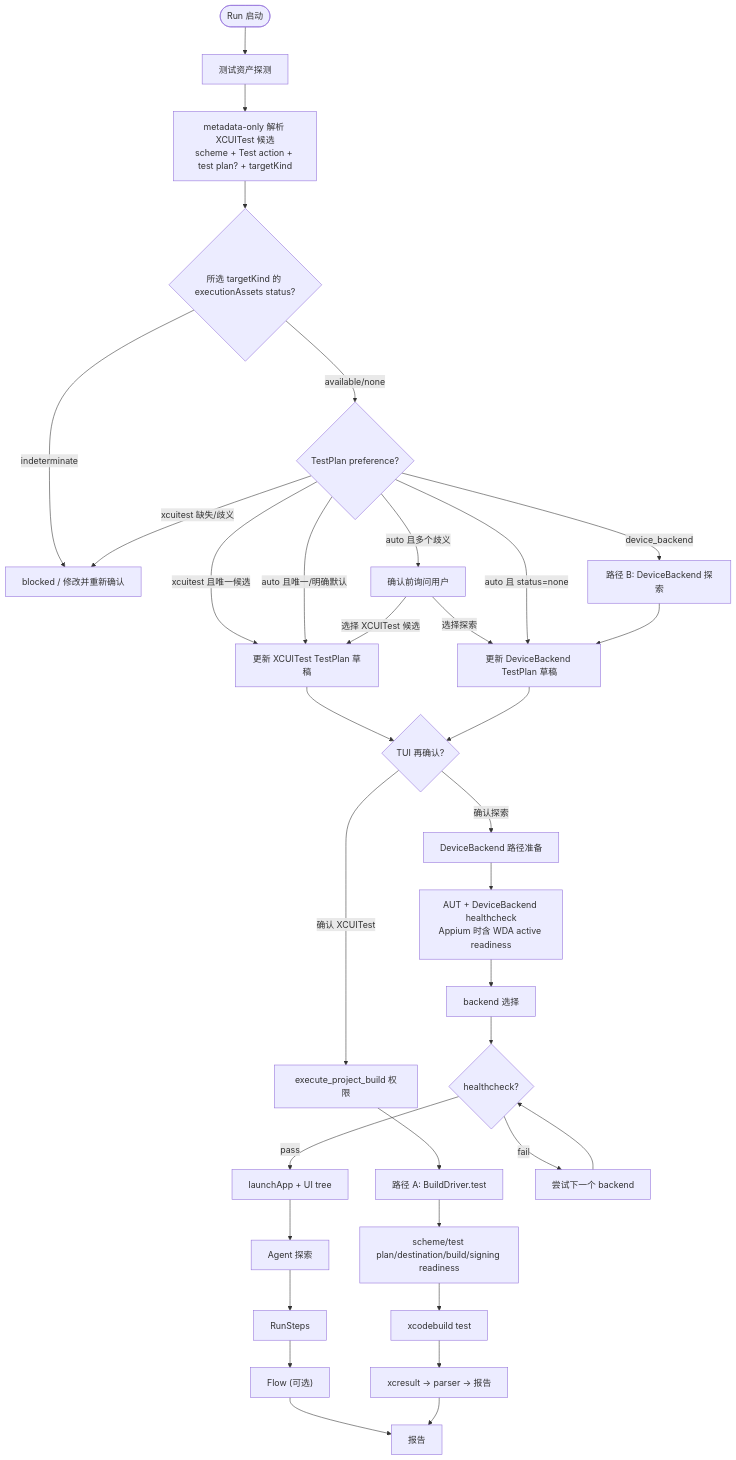
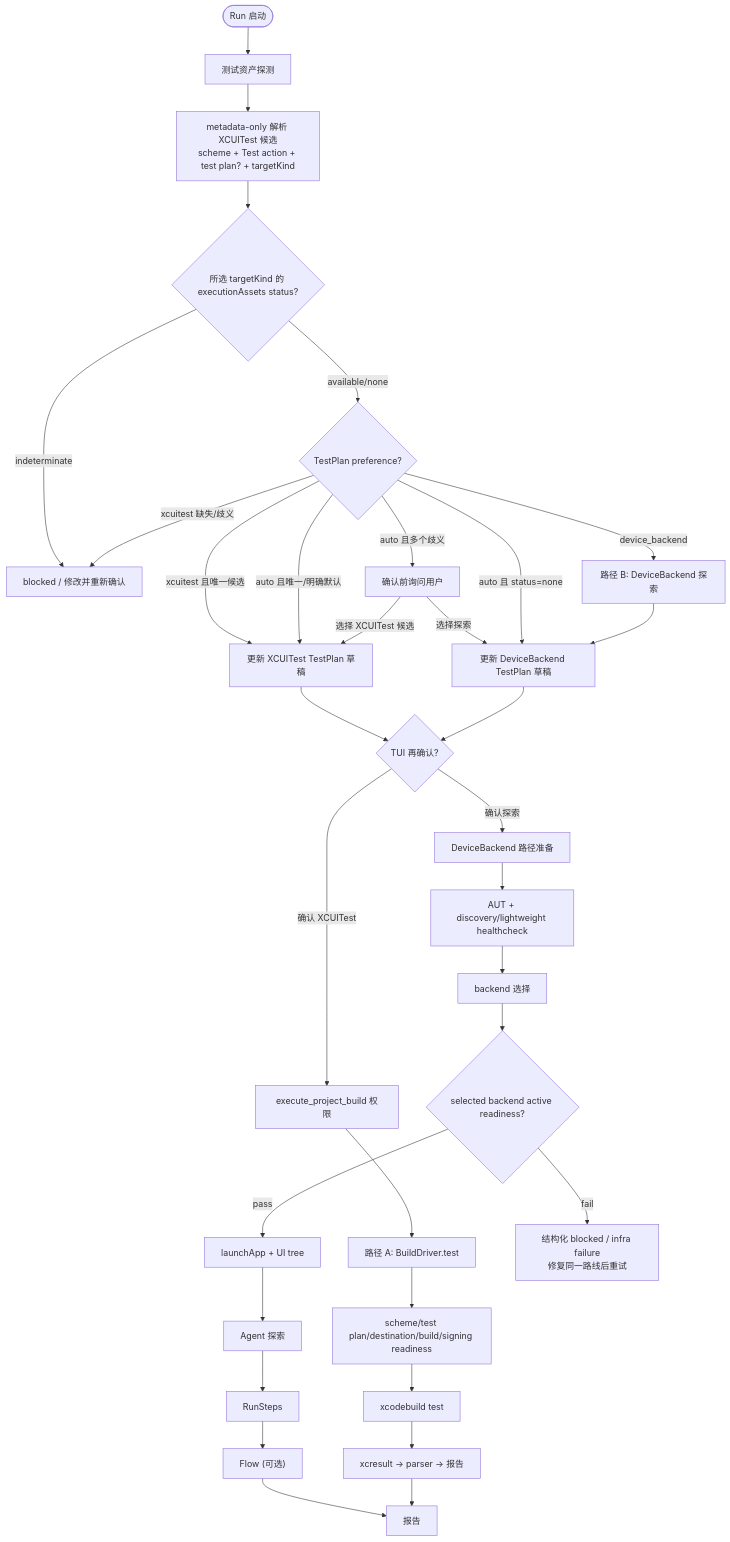
Before and after one commit to logan-suu/iTestAgent: the fourth of 5 diagrams in docs/02-architecture/架构设计文档.md, drawn with Mermaid. The commit also changed other lines of this file and 25 other files, not shown here.

First line of the commit message:
fix(flow): harden production replay review findings

````diff
--- a/docs/02-architecture/架构设计文档.md
+++ b/docs/02-architecture/架构设计文档.md
@@ -200,36 +200,35 @@
 ```mermaid
 flowchart TD
     Start(["Run 启动"]) --> Detect["测试资产探测"]
     Detect --> Resolve["metadata-only 解析 XCUITest 候选<br/>scheme + Test action + test plan? + targetKind"]
     Resolve --> Discovery{"所选 targetKind 的 executionAssets status?"}
     Discovery -->|indeterminate| Blocked["blocked / 修正后重新确认"]
     Discovery -->|available/none| Preference{"TestPlan preference?"}
     Preference -->|device_backend| PathB["路径 B: DeviceBackend 探索"]
     Preference -->|xcuitest 且唯一候选| DraftA["更新 XCUITest TestPlan 草稿"]
     Preference -->|xcuitest 缺失/歧义| Blocked["blocked / 修改并重新确认"]
     Preference -->|auto 且唯一/明确默认| DraftA
     Preference -->|auto 且多个歧义| Ask["确认前询问用户"]
     Ask -->|选择 XCUITest 候选| DraftA
     Ask -->|选择探索| DraftB["更新 DeviceBackend TestPlan 草稿"]
     Preference -->|auto 且 status=none| DraftB
     PathB --> DraftB
     DraftA --> Confirm{"TUI 再确认?"}
     DraftB --> Confirm
     Confirm -->|确认 XCUITest| BuildPermission["execute_project_build 权限"]
     Confirm -->|确认探索| PathBReady["DeviceBackend 路径准备"]
     BuildPermission --> PathA["路径 A: BuildDriver.test"]
     PathA --> TestReady["scheme/test plan/destination/build/signing readiness"]
-    PathBReady --> DeviceReady["AUT + DeviceBackend healthcheck<br/>Appium 时含 WDA active readiness"]
+    PathBReady --> DeviceReady["AUT + discovery/lightweight healthcheck"]
     TestReady --> XcodeTest["xcodebuild test"]
     DeviceReady --> SelectBackend["backend 选择"]
     XcodeTest --> XCResult["xcresult → parser → 报告"]
-    SelectBackend --> Health{"healthcheck?"}
+    SelectBackend --> Health{"selected backend active readiness?"}
     Health -->|pass| Launch["launchApp + UI tree"]
-    Health -->|fail| Next["尝试下一个 backend"]
-    Next --> Health
+    Health -->|fail| Block["结构化 blocked / infra failure<br/>修复同一路线后重试"]
     Launch --> Explore["Agent 探索"]
     Explore --> Steps["RunSteps"]
     Steps --> Flow["Flow (可选)"]
     Flow --> Report["报告"]
     XCResult --> Report
 ```
````
